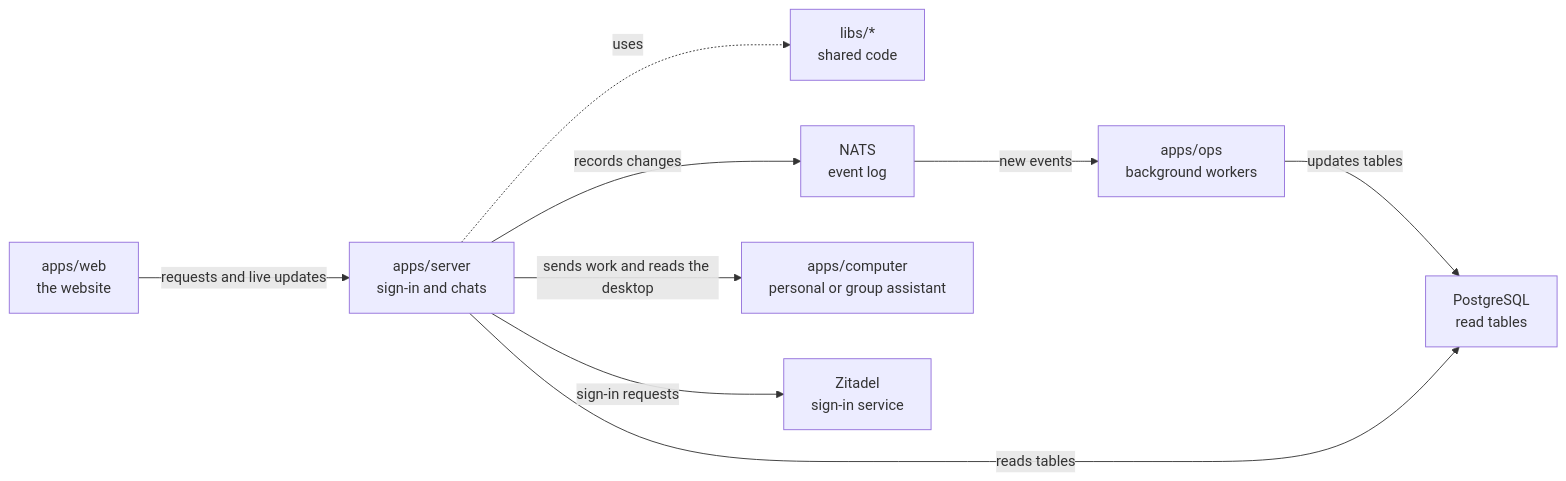
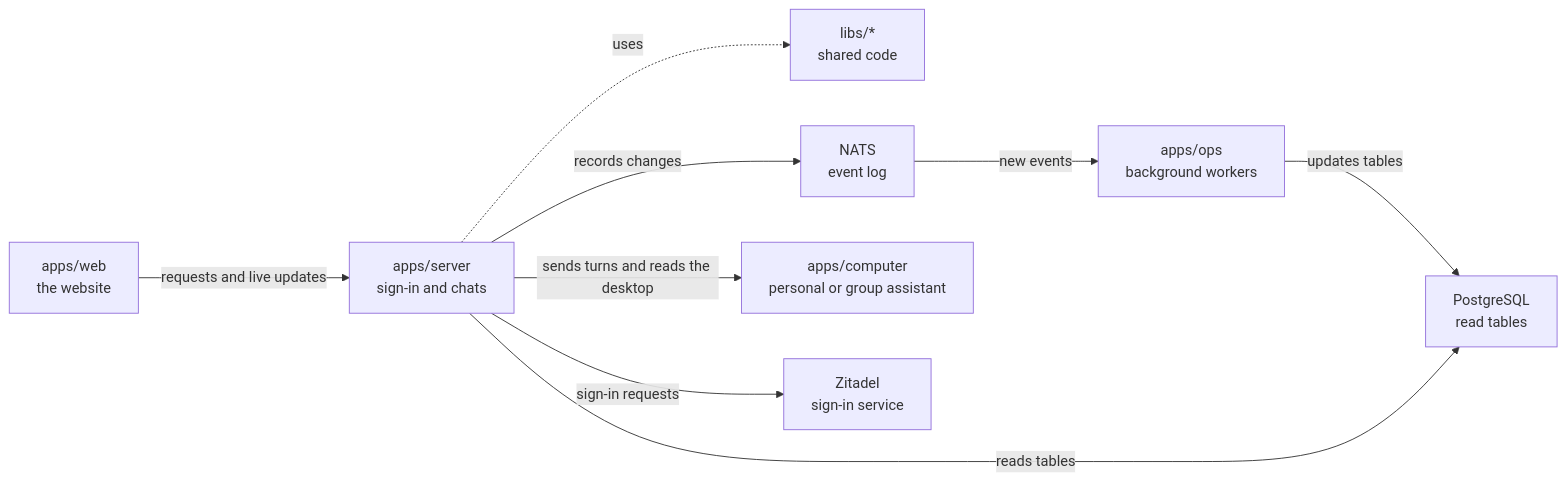
One commit to elewa-git/opencrane-new changed the diagram in apps/server/README.md. Above: the diagram before and after it, drawn with Mermaid. The commit also changed other lines of this file and 5 other files, not shown here.

````diff
--- a/apps/server/README.md
+++ b/apps/server/README.md
@@ -11,11 +11,11 @@
 ```mermaid
 flowchart LR
   web["apps/web<br/>the website"] -->|requests and live updates| server["apps/server<br/>sign-in and chats"]
   server -.->|uses| libs["libs/*<br/>shared code"]
   server -->|records changes| nats["NATS<br/>event log"]
   nats -->|new events| ops["apps/ops<br/>background workers"]
   ops -->|updates tables| postgres["PostgreSQL<br/>read tables"]
   server -->|reads tables| postgres
-  server -->|sends work and reads the desktop| computer["apps/computer<br/>personal or group assistant"]
+  server -->|sends turns and reads the desktop| computer["apps/computer<br/>personal or group assistant"]
   server -->|sign-in requests| zitadel["Zitadel<br/>sign-in service"]
 ```
````
